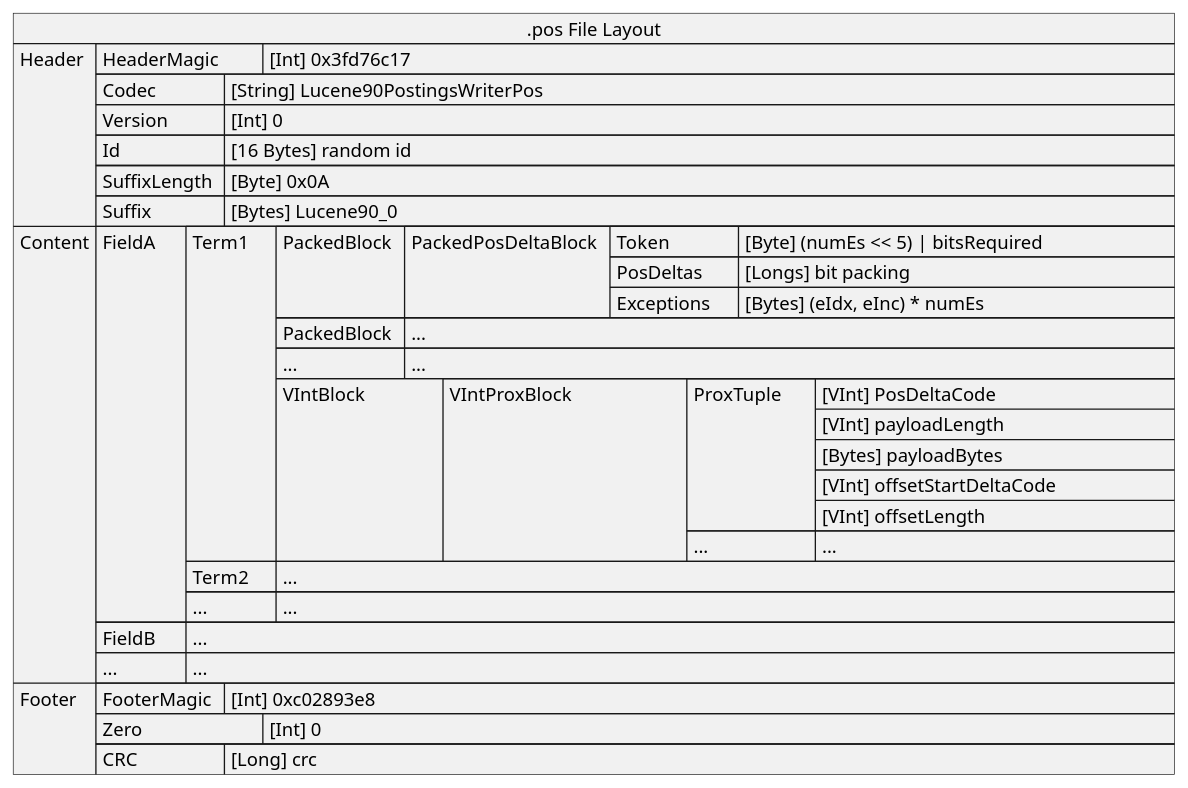
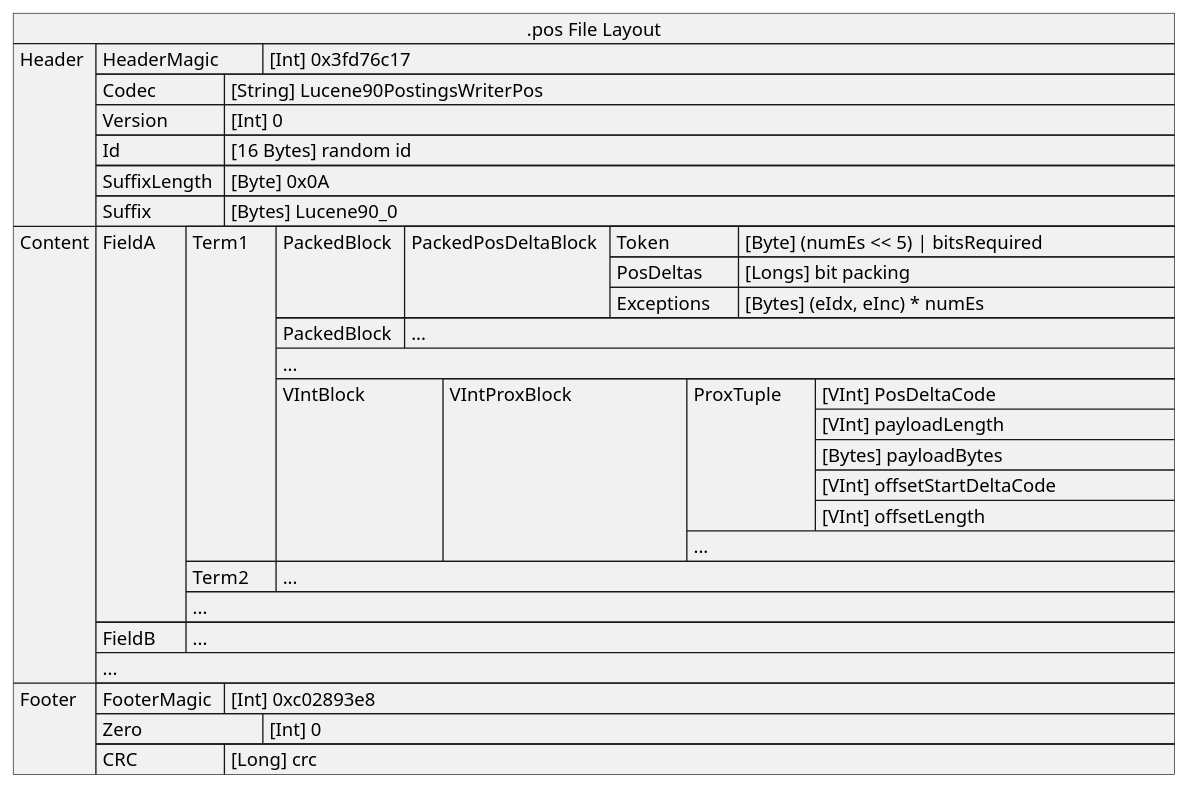
Before and after one commit to big-peter/lucene: the diagram in uml/02.pos.puml, drawn with PlantUML. The commit also changed 4 other files, not shown here.

Commit message:
add tim diagram

```diff
--- a/uml/02.pos.puml
+++ b/uml/02.pos.puml
@@ -4,48 +4,48 @@
 @startuml
 json ".pos File Layout" as J {
    "Header":[
       {"HeaderMagic\t": "[Int] 0x3fd76c17"},
       {"Codec\t\t": "[String] Lucene90PostingsWriterPos"},
       {"Version\t\t": "[Int] 0"},
       {"Id\t\t\t": "[16 Bytes] random id"},
       {"SuffixLength\t": "[Byte] 0x0A"},
       {"Suffix\t\t": "[Bytes] Lucene90_0"}
    ],
    "Content":[
     {"FieldA\t": [
       {"Term1\t": [
          {"PackedBlock\t":[
             {"PackedPosDeltaBlock\t":[
                {"Token\t\t": "[Byte] (numEs << 5) | bitsRequired\t"},
                {"PosDeltas\t": "[Longs] bit packing"},
                {"Exceptions\t": "[Bytes] (eIdx, eInc) * numEs"}
             ]}
          ]},
          {"PackedBlock\t":["..."]},
-         {"...\t\t\t":["..."]},
+         "...",
          {"VIntBlock\t\t":[
             {"VIntProxBlock\t\t\t": [
                {"ProxTuple\t":[
                   "[VInt] PosDeltaCode",
                   "[VInt] payloadLength",
                   "[Bytes] payloadBytes",
                   "[VInt] offsetStartDeltaCode\t\t\t",
                   "[VInt] offsetLength"
                ]},
-               {"...\t\t\t":["..."]}
+               "..."
             ]}
          ]}
       ]},
       {"Term2\t": ["..."]},
-      {"...\t\t": ["..."]}
+      "..."
     ]},
     {"FieldB\t":["..."]},
-    {"...\t\t":["..."]}
+    "..."
    ],
    "Footer":[
       {"FooterMagic\t": "[Int] 0xc02893e8"},
       {"Zero\t\t\t": "[Int] 0"},
       {"CRC\t\t\t": "[Long] crc"}
    ]
 }
 @enduml
```
